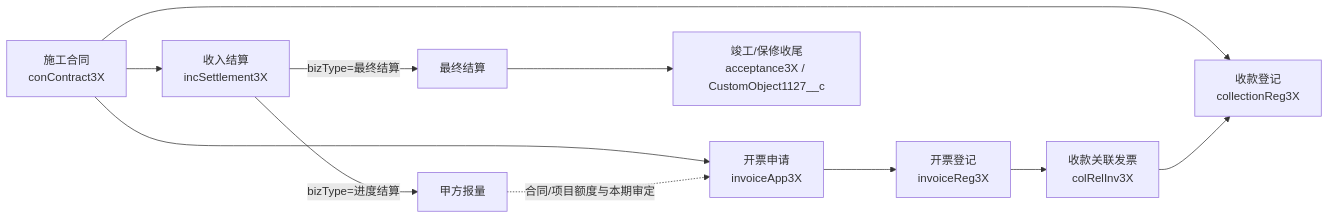
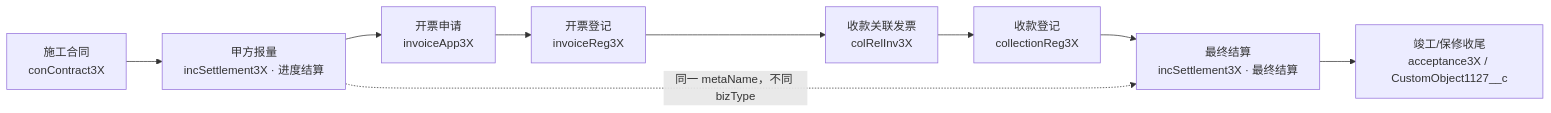
One commit to zodea/crm-new changed the first of 5 diagrams in 红圈系统/业务流转.md. Above: the diagram before and after it, drawn with Mermaid. The commit also changed other lines of this file, not shown here.

````diff
--- a/红圈系统/业务流转.md
+++ b/红圈系统/业务流转.md
@@ -45,13 +45,11 @@
 ```mermaid
 flowchart LR
-  A["施工合同<br/>conContract3X"] --> B["收入结算<br/>incSettlement3X"]
-  B -->|bizType=进度结算| B1["甲方报量"]
-  B -->|bizType=最终结算| B2["最终结算"]
-  A --> C["开票申请<br/>invoiceApp3X"]
-  B1 -. "合同/项目额度与本期审定" .-> C
+  A["施工合同<br/>conContract3X"] --> B1["甲方报量<br/>incSettlement3X · 进度结算"]
+  B1 --> C["开票申请<br/>invoiceApp3X"]
   C --> D["开票登记<br/>invoiceReg3X"]
   D --> E["收款关联发票<br/>colRelInv3X"]
-  A --> F["收款登记<br/>collectionReg3X"]
-  E --> F
+  E --> F["收款登记<br/>collectionReg3X"]
+  F --> B2["最终结算<br/>incSettlement3X · 最终结算"]
+  B1 -. "同一 metaName，不同 bizType" .-> B2
   B2 --> G["竣工/保修收尾<br/>acceptance3X / CustomObject1127__c"]
 ```
````
